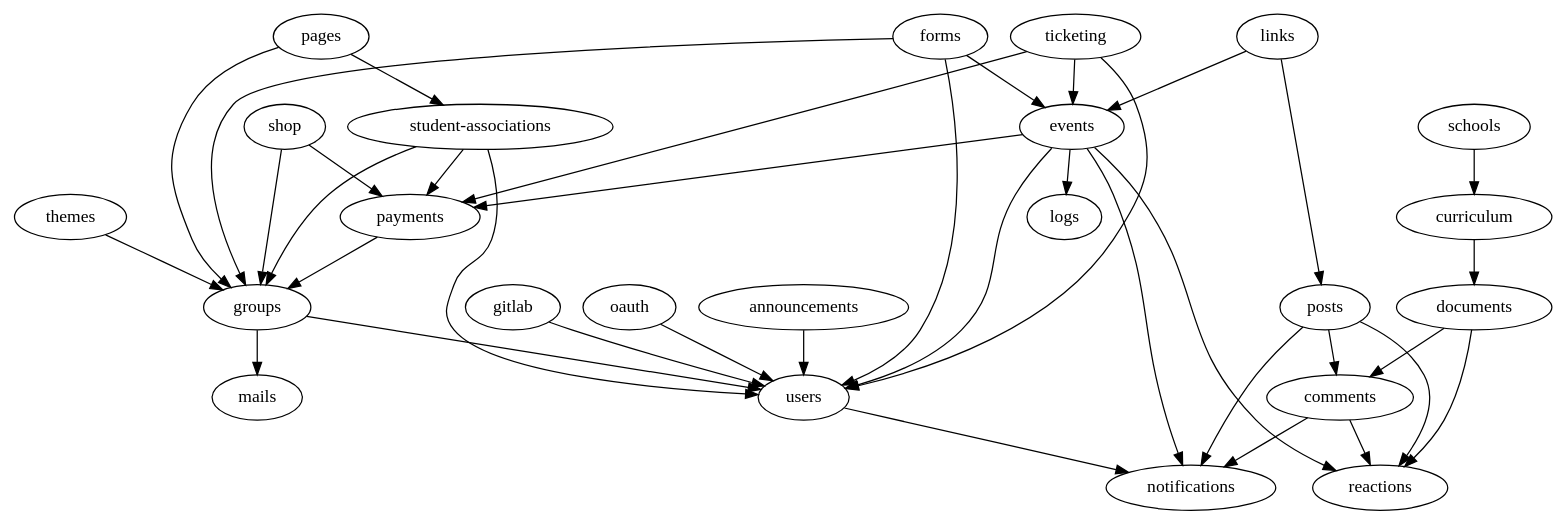
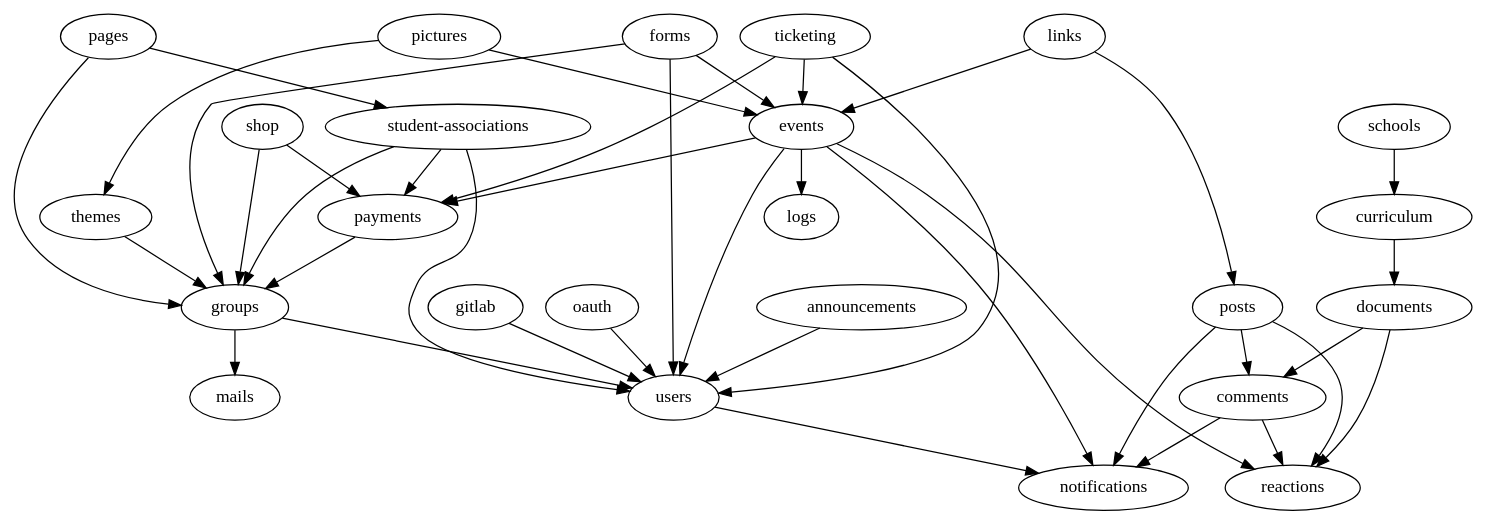
One commit to inp-net/churros changed the diagram in packages/api/scripts/modules-import-graph.dot. Above: the diagram before and after it, drawn with Graphviz. The commit also changed 59 other files, not shown here.

```diff
--- a/packages/api/scripts/modules-import-graph.dot
+++ b/packages/api/scripts/modules-import-graph.dot
@@ -1,39 +1,41 @@
 strict digraph ImportGraph {
     "announcements" -> "users";
     "comments" -> "notifications";
     "comments" -> "reactions";
     "curriculum" -> "documents";
     "documents" -> "comments";
     "documents" -> "reactions";
     "events" -> "logs";
     "events" -> "notifications";
     "events" -> "payments";
     "events" -> "reactions";
     "events" -> "users";
     "forms" -> "events";
     "forms" -> "groups";
     "forms" -> "users";
     "gitlab" -> "users";
     "groups" -> "mails";
     "groups" -> "users";
     "links" -> "events";
     "links" -> "posts";
     "oauth" -> "users";
     "pages" -> "groups";
     "pages" -> "student-associations";
     "payments" -> "groups";
+    "pictures" -> "events";
+    "pictures" -> "themes";
     "posts" -> "comments";
     "posts" -> "notifications";
     "posts" -> "reactions";
     "schools" -> "curriculum";
     "shop" -> "groups";
     "shop" -> "payments";
     "student-associations" -> "groups";
     "student-associations" -> "payments";
     "student-associations" -> "users";
     "themes" -> "groups";
     "ticketing" -> "events";
     "ticketing" -> "payments";
     "ticketing" -> "users";
     "users" -> "notifications";
 }
```
